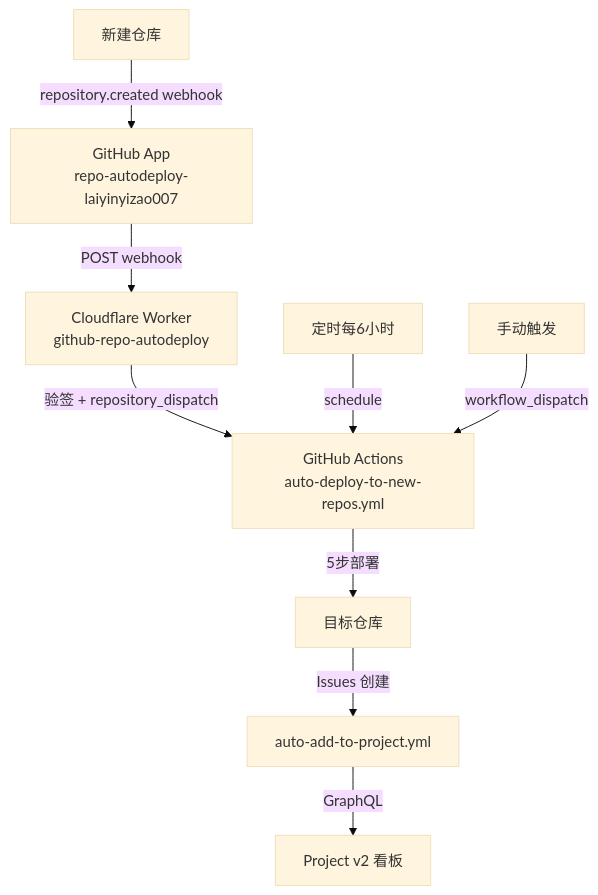
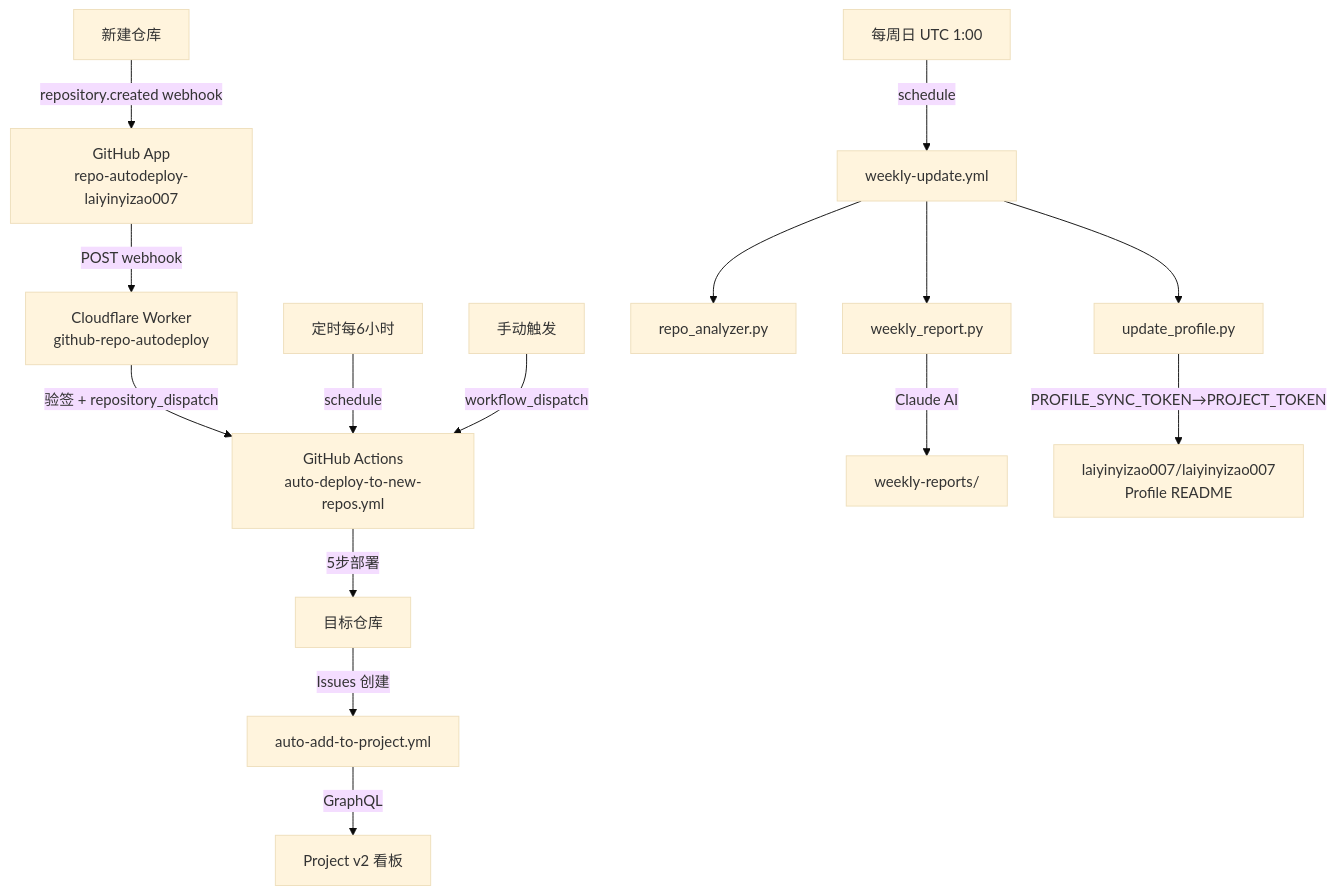
Before and after one commit to laiyinyizao007/my-project-management: the first of 4 diagrams in PROJECTWIKI.md, drawn with Mermaid (base theme). The commit also changed other lines of this file and 1 other file, not shown here.

First line of the commit message:
docs: update PROJECTWIKI and CHANGELOG for weekly report system merge

````diff
--- a/PROJECTWIKI.md
+++ b/PROJECTWIKI.md
@@ -16,12 +16,19 @@
 ```mermaid
 flowchart TD
     A[新建仓库] -->|repository.created webhook| B[GitHub App\nrepo-autodeploy-laiyinyizao007]
     B -->|POST webhook| C[Cloudflare Worker\ngithub-repo-autodeploy]
     C -->|验签 + repository_dispatch| D[GitHub Actions\nauto-deploy-to-new-repos.yml]
     D -->|5步部署| E[目标仓库]
     E -->|Issues 创建| F[auto-add-to-project.yml]
     F -->|GraphQL| G[Project v2 看板]
 
     H[定时每6小时] -->|schedule| D
     I[手动触发] -->|workflow_dispatch| D
+
+    J[每周日 UTC 1:00] -->|schedule| K[weekly-update.yml]
+    K --> L[repo_analyzer.py]
+    K --> M[update_profile.py]
+    K --> N[weekly_report.py]
+    N -->|Claude AI| O[weekly-reports/]
+    M -->|PROFILE_SYNC_TOKEN→PROJECT_TOKEN| P[laiyinyizao007/laiyinyizao007\nProfile README]
 ```
````
